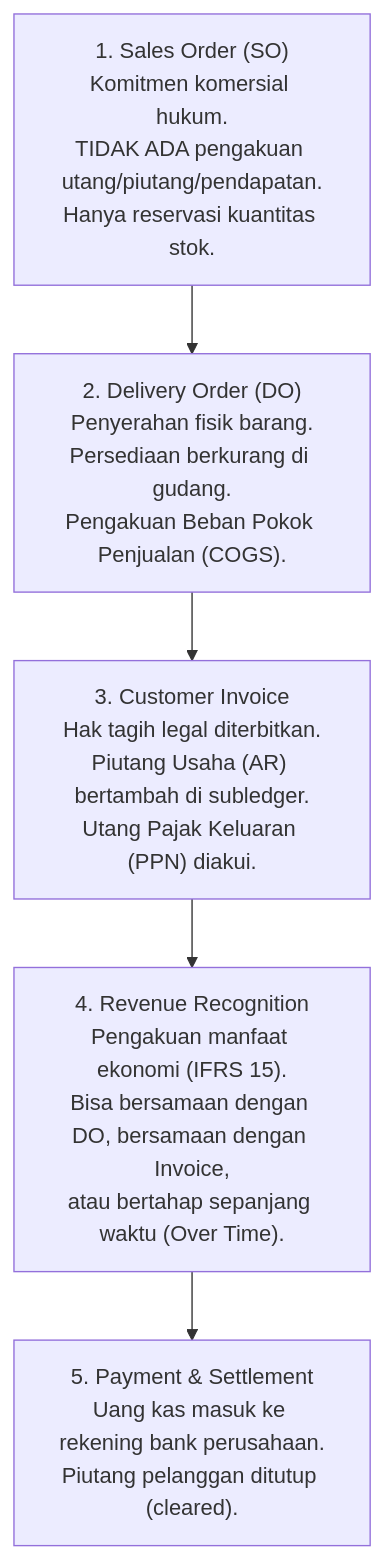
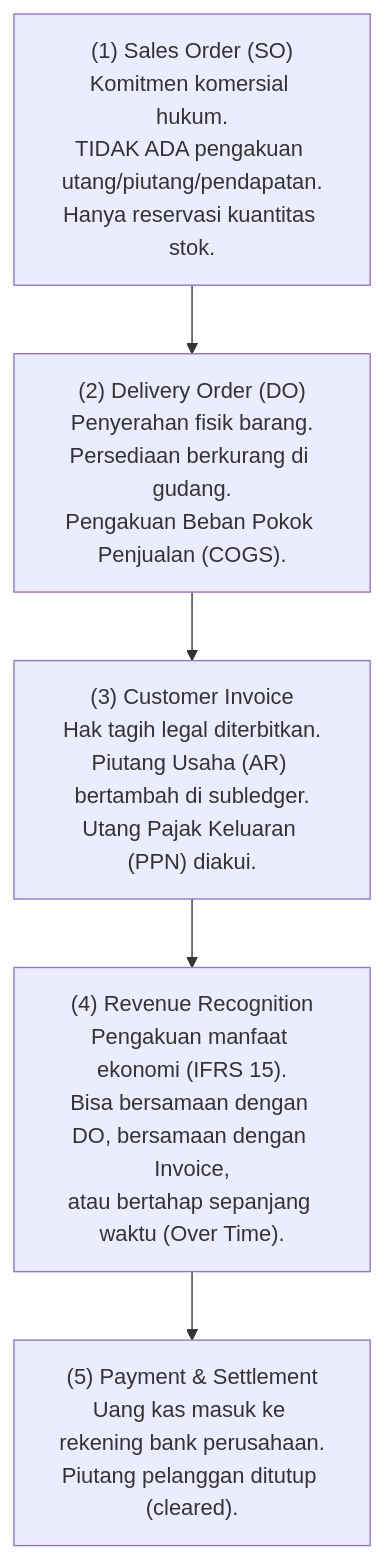
One commit to alimurrofid/erp-notes changed the second of 2 diagrams in content/03-sales/sales-fundamentals.md. Above: the diagram before and after it, drawn with Mermaid. The commit also changed other lines of this file and 132 other files, not shown here.

````diff
--- a/content/03-sales/sales-fundamentals.md
+++ b/content/03-sales/sales-fundamentals.md
@@ -82,8 +82,8 @@
 ```mermaid
 flowchart TD
-    SO["1. Sales Order (SO)<br/>Komitmen komersial hukum.<br/>TIDAK ADA pengakuan utang/piutang/pendapatan.<br/>Hanya reservasi kuantitas stok."]
-    --> DO["2. Delivery Order (DO)<br/>Penyerahan fisik barang.<br/>Persediaan berkurang di gudang.<br/>Pengakuan Beban Pokok Penjualan (COGS)."]
-    --> INV["3. Customer Invoice<br/>Hak tagih legal diterbitkan.<br/>Piutang Usaha (AR) bertambah di subledger.<br/>Utang Pajak Keluaran (PPN) diakui."]
-    --> REV["4. Revenue Recognition<br/>Pengakuan manfaat ekonomi (IFRS 15).<br/>Bisa bersamaan dengan DO, bersamaan dengan Invoice,<br/>atau bertahap sepanjang waktu (Over Time)."]
-    --> PAY["5. Payment & Settlement<br/>Uang kas masuk ke rekening bank perusahaan.<br/>Piutang pelanggan ditutup (cleared)."]
+    SO["(1) Sales Order (SO)<br/>Komitmen komersial hukum.<br/>TIDAK ADA pengakuan utang/piutang/pendapatan.<br/>Hanya reservasi kuantitas stok."]
+    --> DO["(2) Delivery Order (DO)<br/>Penyerahan fisik barang.<br/>Persediaan berkurang di gudang.<br/>Pengakuan Beban Pokok Penjualan (COGS)."]
+    --> INV["(3) Customer Invoice<br/>Hak tagih legal diterbitkan.<br/>Piutang Usaha (AR) bertambah di subledger.<br/>Utang Pajak Keluaran (PPN) diakui."]
+    --> REV["(4) Revenue Recognition<br/>Pengakuan manfaat ekonomi (IFRS 15).<br/>Bisa bersamaan dengan DO, bersamaan dengan Invoice,<br/>atau bertahap sepanjang waktu (Over Time)."]
+    --> PAY["(5) Payment & Settlement<br/>Uang kas masuk ke rekening bank perusahaan.<br/>Piutang pelanggan ditutup (cleared)."]
 ```
````
